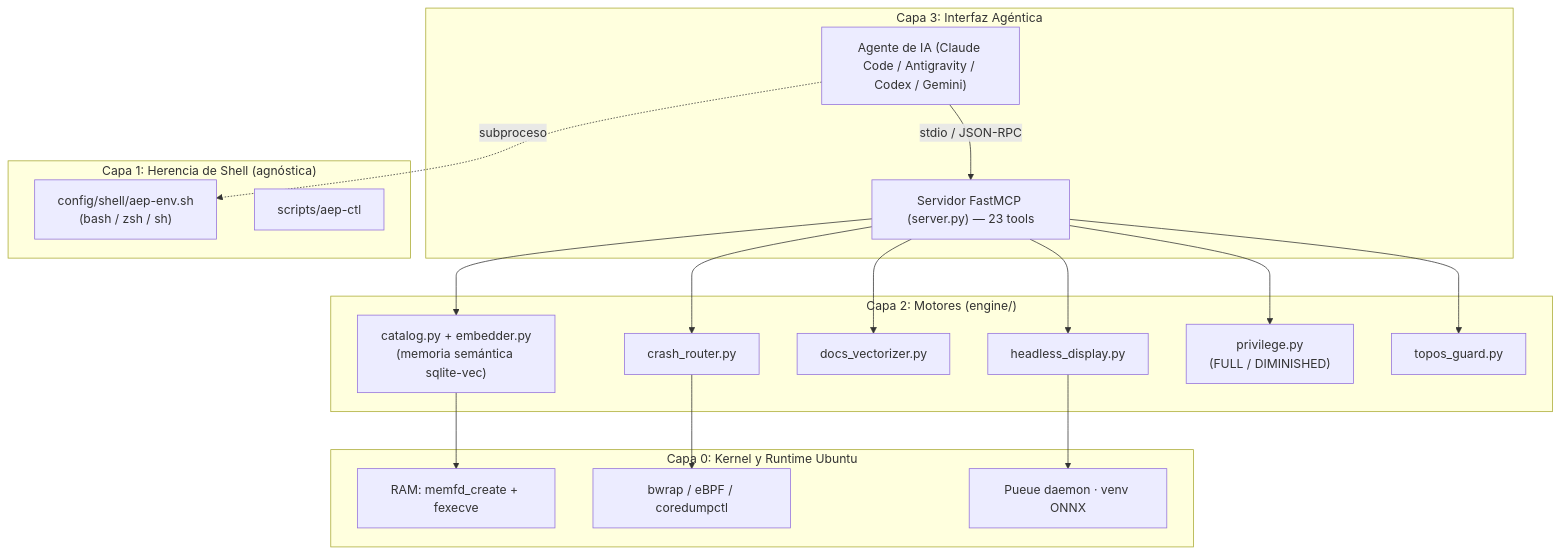
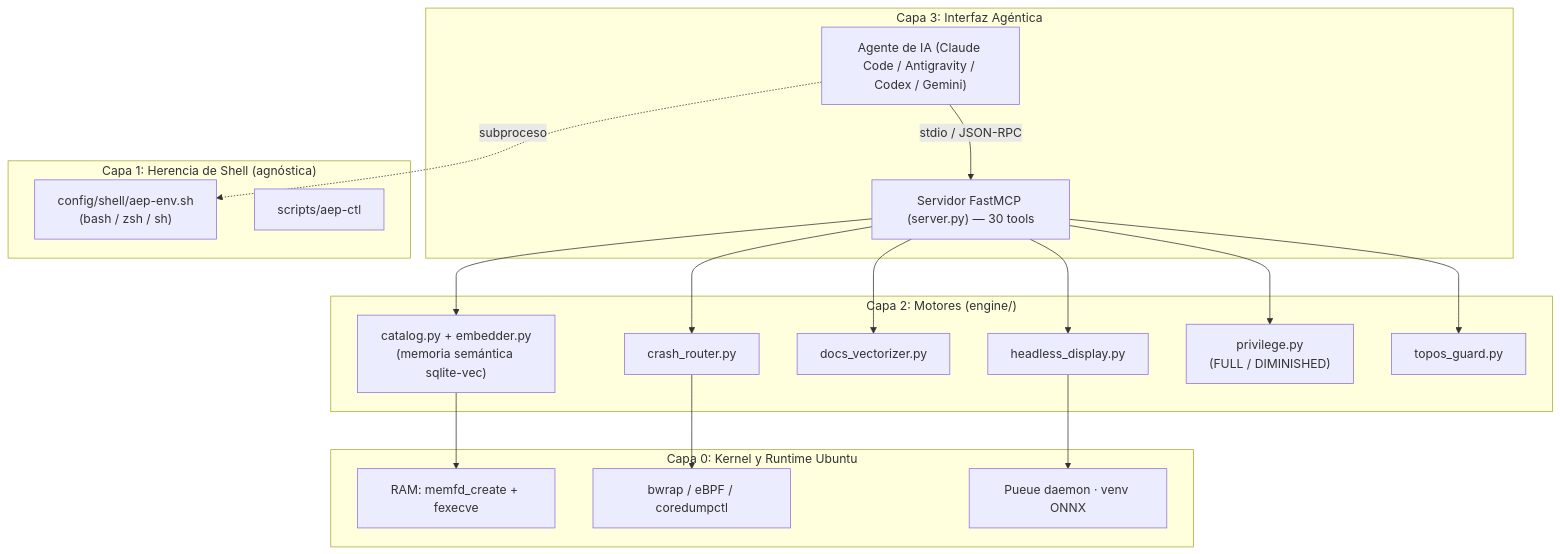
Before and after one commit to ancrz/agent-execution-plane: the second of 14 diagrams in README.md, drawn with Mermaid. The commit also changed other lines of this file and 2 other files, not shown here.

First line of the commit message:
docs: compaction instruction + state snapshot; README to 30 tools

````diff
--- a/README.md
+++ b/README.md
@@ -96,30 +96,30 @@
 ```mermaid
 flowchart TD
     subgraph L3["Capa 3: Interfaz Agéntica"]
         Agent["Agente de IA (Claude Code / Antigravity / Codex / Gemini)"]
-        MCP["Servidor FastMCP (server.py) — 23 tools"]
+        MCP["Servidor FastMCP (server.py) — 30 tools"]
         Agent -->|stdio / JSON-RPC| MCP
     end
     subgraph L2["Capa 2: Motores (engine/)"]
         Catalog["catalog.py + embedder.py<br/>(memoria semántica sqlite-vec)"]
         Crash["crash_router.py"]
         Docs["docs_vectorizer.py"]
         Headless["headless_display.py"]
         Priv["privilege.py<br/>(FULL / DIMINISHED)"]
         Topos["topos_guard.py"]
         MCP --> Catalog & Crash & Docs & Headless & Priv & Topos
     end
     subgraph L1["Capa 1: Herencia de Shell (agnóstica)"]
         Env["config/shell/aep-env.sh<br/>(bash / zsh / sh)"]
         Ctl["scripts/aep-ctl"]
         Agent -.->|subproceso| Env
     end
     subgraph L0["Capa 0: Kernel y Runtime Ubuntu"]
         K1["RAM: memfd_create + fexecve"]
         K2["bwrap / eBPF / coredumpctl"]
         K3["Pueue daemon · venv ONNX"]
         Catalog --> K1
         Crash --> K2
         Headless --> K3
     end
 ```
````
